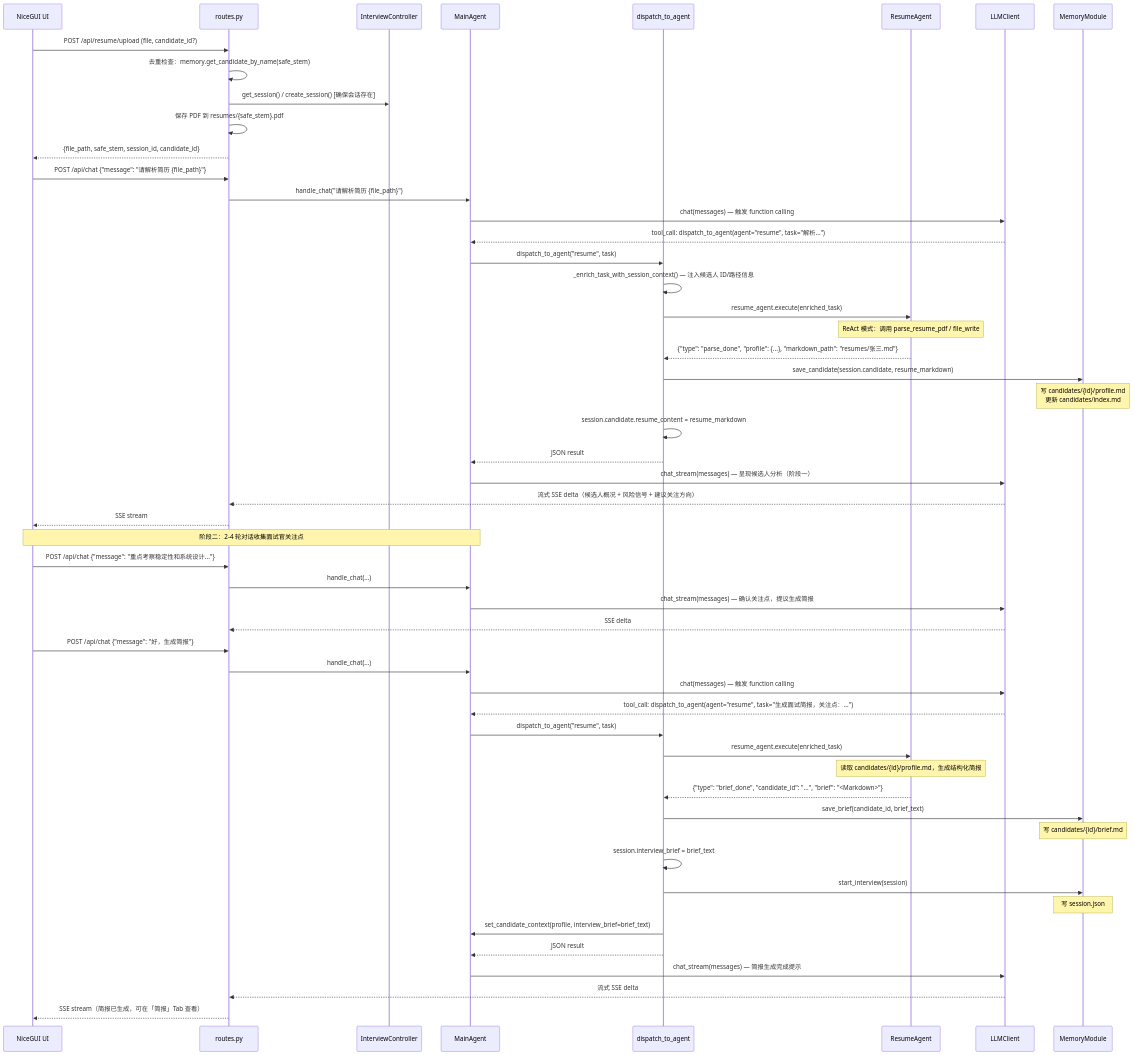
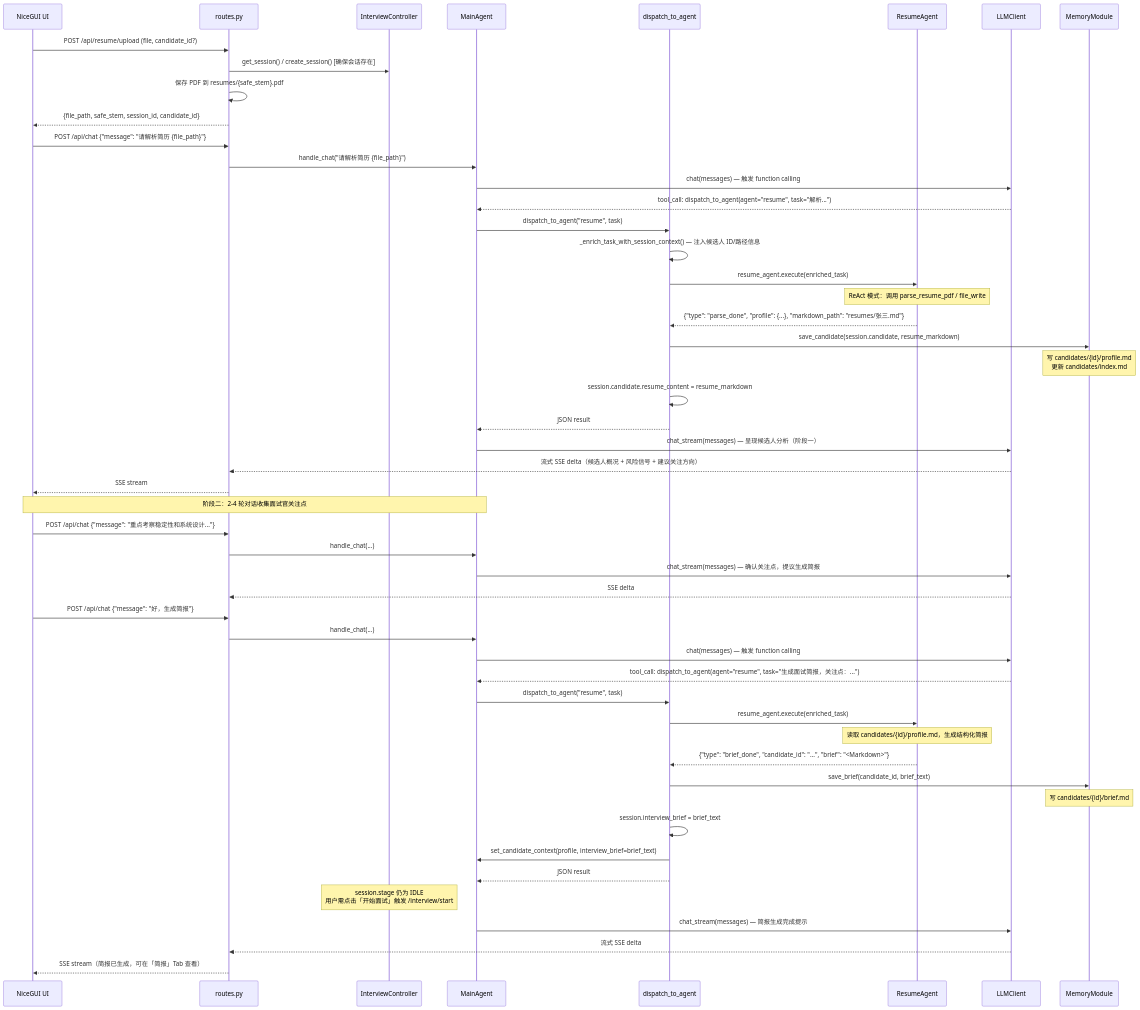
The first of 4 diagrams in docs/arc/flows.md (dygcjlu/interviewer-assistant), drawn with Mermaid before and after one commit. The commit also changed other lines of this file and 2 other files, not shown here.

````diff
--- a/docs/arc/flows.md
+++ b/docs/arc/flows.md
@@ -11,61 +11,59 @@
 ```mermaid
 sequenceDiagram
     participant UI as NiceGUI UI
     participant REST as routes.py
     participant IC as InterviewController
     participant MA as MainAgent
     participant DA as dispatch_to_agent
     participant RA as ResumeAgent
     participant LLM as LLMClient
     participant MM as MemoryModule
 
     UI->>REST: POST /api/resume/upload (file, candidate_id?)
-    REST->>REST: 去重检查：memory.get_candidate_by_name(safe_stem)
     REST->>IC: get_session() / create_session() [确保会话存在]
     REST->>REST: 保存 PDF 到 resumes/{safe_stem}.pdf
     REST-->>UI: {file_path, safe_stem, session_id, candidate_id}
 
     UI->>REST: POST /api/chat {"message": "请解析简历 {file_path}"}
     REST->>MA: handle_chat("请解析简历 {file_path}")
     MA->>LLM: chat(messages) — 触发 function calling
     LLM-->>MA: tool_call: dispatch_to_agent(agent="resume", task="解析...")
     MA->>DA: dispatch_to_agent("resume", task)
     DA->>DA: _enrich_task_with_session_context() — 注入候选人 ID/路径信息
     DA->>RA: resume_agent.execute(enriched_task)
     Note over RA: ReAct 模式：调用 parse_resume_pdf / file_write
     RA-->>DA: {"type": "parse_done", "profile": {...}, "markdown_path": "resumes/张三.md"}
     DA->>MM: save_candidate(session.candidate, resume_markdown)
     Note over MM: 写 candidates/{id}/profile.md<br/>更新 candidates/index.md
     DA->>DA: session.candidate.resume_content = resume_markdown
     DA-->>MA: JSON result
 
     MA->>LLM: chat_stream(messages) — 呈现候选人分析（阶段一）
     LLM-->>REST: 流式 SSE delta（候选人概况 + 风险信号 + 建议关注方向）
     REST-->>UI: SSE stream
 
     Note over MA,UI: 阶段二：2-4 轮对话收集面试官关注点
     UI->>REST: POST /api/chat {"message": "重点考察稳定性和系统设计..."}
     REST->>MA: handle_chat(...)
     MA->>LLM: chat_stream(messages) — 确认关注点，提议生成简报
     LLM-->>REST: SSE delta
 
     UI->>REST: POST /api/chat {"message": "好，生成简报"}
     REST->>MA: handle_chat(...)
     MA->>LLM: chat(messages) — 触发 function calling
     LLM-->>MA: tool_call: dispatch_to_agent(agent="resume", task="生成面试简报，关注点：...")
     MA->>DA: dispatch_to_agent("resume", task)
     DA->>RA: resume_agent.execute(enriched_task)
     Note over RA: 读取 candidates/{id}/profile.md，生成结构化简报
     RA-->>DA: {"type": "brief_done", "candidate_id": "...", "brief": "<Markdown>"}
     DA->>MM: save_brief(candidate_id, brief_text)
     Note over MM: 写 candidates/{id}/brief.md
     DA->>DA: session.interview_brief = brief_text
-    DA->>MM: start_interview(session)
-    Note over MM: 写 session.json
     DA->>MA: set_candidate_context(profile, interview_brief=brief_text)
     DA-->>MA: JSON result
+    Note over IC: session.stage 仍为 IDLE<br/>用户需点击「开始面试」触发 /interview/start
 
     MA->>LLM: chat_stream(messages) — 简报生成完成提示
     LLM-->>REST: 流式 SSE delta
     REST-->>UI: SSE stream（简报已生成，可在「简报」Tab 查看）
 ```
````
